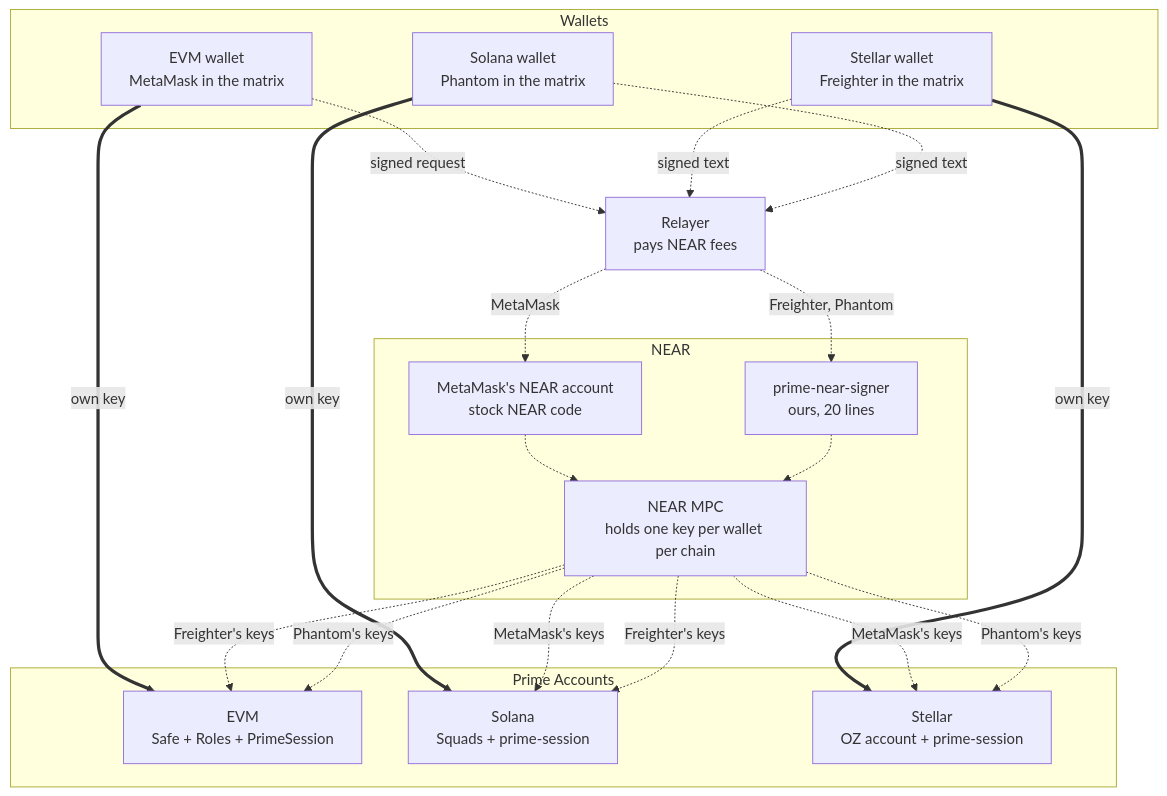
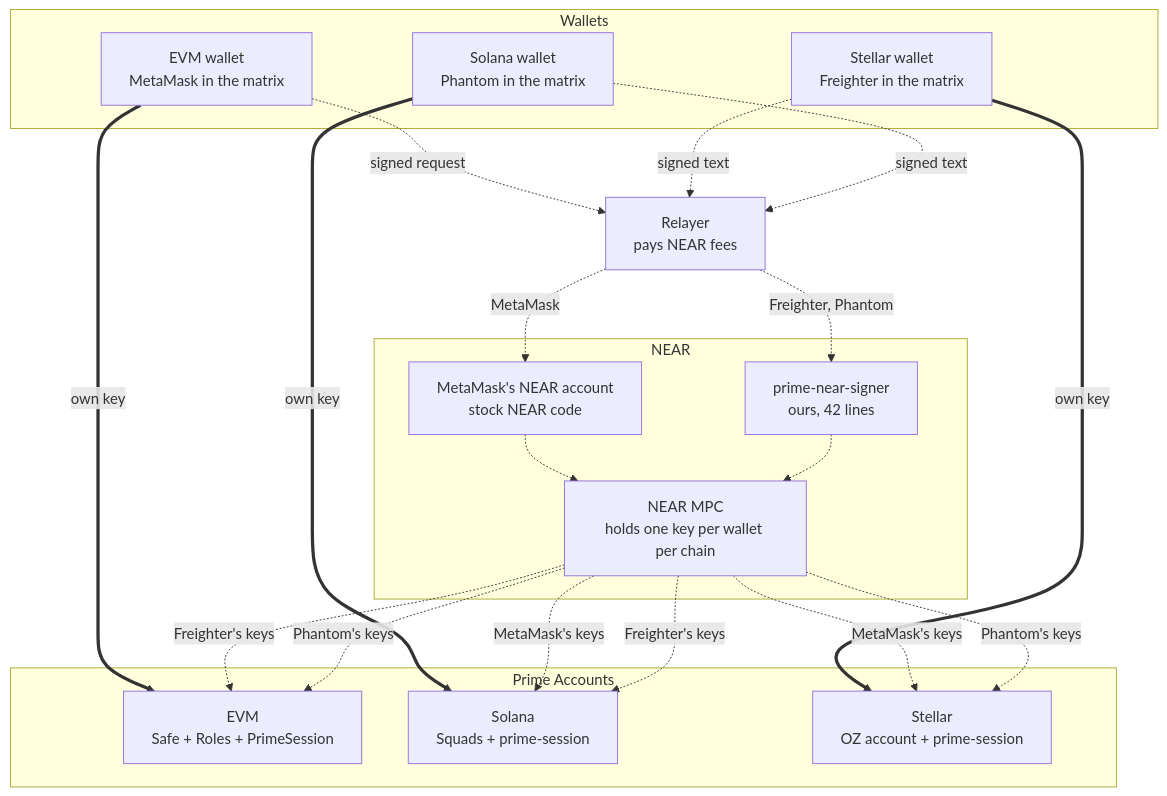
The first of 9 diagrams in contracts/prime/ARCHITECTURE.md (untangledfinance/oz-policy-builder), drawn with Mermaid before and after one commit. The commit also changed other lines of this file and 4 other files, not shown here.

````diff
--- a/contracts/prime/ARCHITECTURE.md
+++ b/contracts/prime/ARCHITECTURE.md
@@ -44,33 +44,33 @@
 ```mermaid
 flowchart TB
   subgraph W[Wallets]
     MM[EVM wallet<br/>MetaMask in the matrix]
     FR[Stellar wallet<br/>Freighter in the matrix]
     PH[Solana wallet<br/>Phantom in the matrix]
   end
   R[Relayer<br/>pays NEAR fees]
   subgraph N[NEAR]
     EI[MetaMask's NEAR account<br/>stock NEAR code]
-    SG[prime-near-signer<br/>ours, 20 lines]
+    SG[prime-near-signer<br/>ours, 42 lines]
     MPC[NEAR MPC<br/>holds one key per wallet per chain]
   end
   subgraph C[Prime Accounts]
     EVM[EVM<br/>Safe + Roles + PrimeSession]
     SOL[Solana<br/>Squads + prime-session]
     XLM[Stellar<br/>OZ account + prime-session]
   end
   MM == own key ==> EVM
   FR == own key ==> XLM
   PH == own key ==> SOL
   MM -. signed request .-> R
   FR -. signed text .-> R
   PH -. signed text .-> R
   R -. MetaMask .-> EI -.-> MPC
   R -. Freighter, Phantom .-> SG -.-> MPC
   MPC -. "MetaMask's keys" .-> SOL
   MPC -. "MetaMask's keys" .-> XLM
   MPC -. "Freighter's keys" .-> EVM
   MPC -. "Freighter's keys" .-> SOL
   MPC -. "Phantom's keys" .-> EVM
   MPC -. "Phantom's keys" .-> XLM
 ```
````
